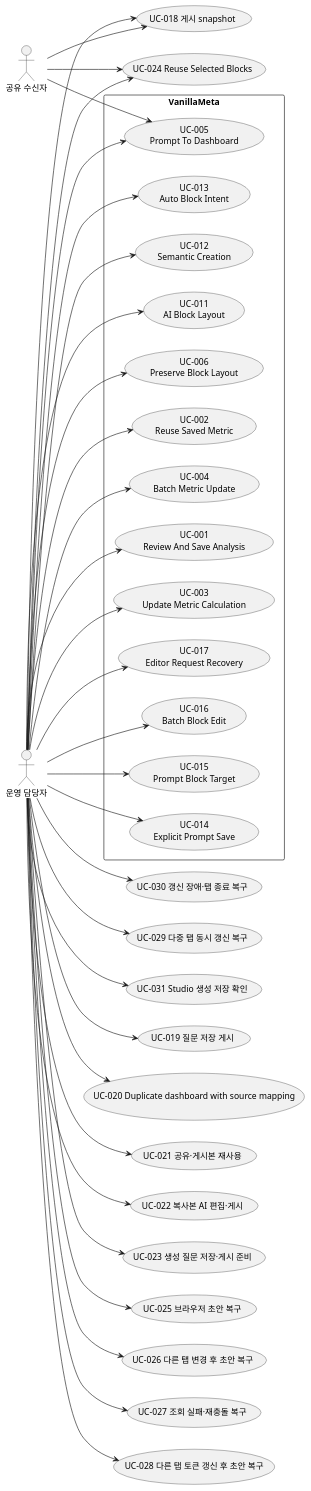
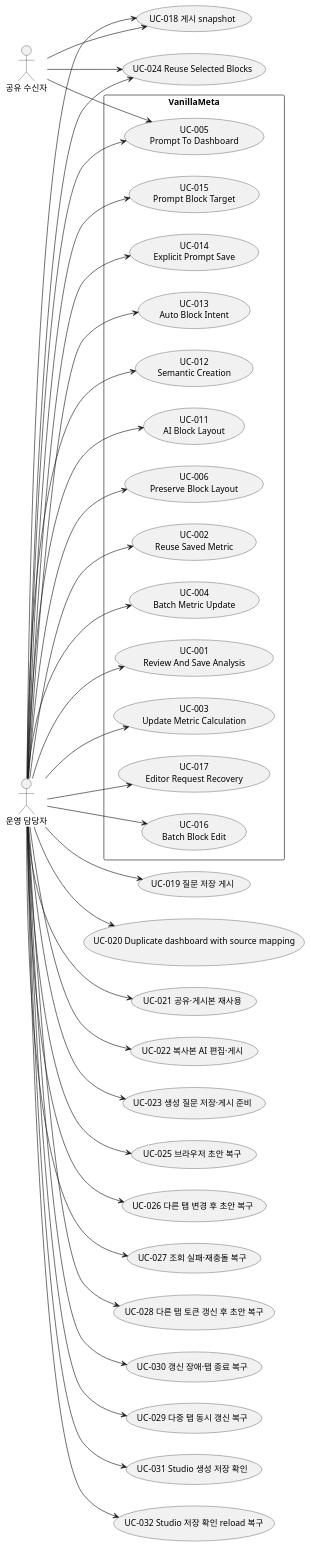
One commit to vanillabrain/vanillameta changed the diagram in docs/use_cases.puml. Above: the diagram before and after it, drawn with PlantUML. The commit also changed 13 other files, not shown here.

Commit message:
feat: recover pending Studio creation confirmation after reload

```diff
--- a/docs/use_cases.puml
+++ b/docs/use_cases.puml
@@ -1,64 +1,66 @@
 @startuml
 left to right direction
 actor "운영 담당자" as operator
 rectangle "VanillaMeta" {
  usecase "UC-017\nEditor Request Recovery" as UC017
  usecase "UC-016\nBatch Block Edit" as UC016
  usecase "UC-015\nPrompt Block Target" as UC015
  usecase "UC-014\nExplicit Prompt Save" as UC014
  usecase "UC-013\nAuto Block Intent" as UC013
  usecase "UC-012\nSemantic Creation" as UC012
  usecase "UC-011\nAI Block Layout" as UC011
  usecase "UC-006\nPreserve Block Layout" as UC006
  usecase "UC-005\nPrompt To Dashboard" as UC005
  usecase "UC-004\nBatch Metric Update" as UC004
  usecase "UC-001\nReview And Save Analysis" as UC001
  usecase "UC-003\nUpdate Metric Calculation" as UC003
  usecase "UC-002\nReuse Saved Metric" as UC002
 }
 operator --> UC015
 operator --> UC014
 operator --> UC013
 operator --> UC012
 operator --> UC011
 operator --> UC006
 operator --> UC005
 actor "공유 수신자" as recipient
 recipient --> UC005
 operator --> UC004
 operator --> UC003
 operator --> UC002
 operator --> UC001
 operator --> UC016
 operator --> UC017
 usecase "UC-018 게시 snapshot" as UC018
 operator --> UC018
 recipient --> UC018
 usecase "UC-019 질문 저장 게시" as UC019
 operator --> UC019
 usecase "UC-020 Duplicate dashboard with source mapping" as UC020
 operator --> UC020
 usecase "UC-021 공유·게시본 재사용" as UC021
 operator --> UC021
 usecase "UC-022 복사본 AI 편집·게시" as UC022
 operator --> UC022
 usecase "UC-023 생성 질문 저장·게시 준비" as UC023
 operator --> UC023
 usecase "UC-024 Reuse Selected Blocks" as UC024
 operator --> UC024
 recipient --> UC024
 usecase "UC-025 브라우저 초안 복구" as UC025
 operator --> UC025
 usecase "UC-026 다른 탭 변경 후 초안 복구" as UC026
 operator --> UC026
 usecase "UC-027 조회 실패·재충돌 복구" as UC027
 operator --> UC027
 usecase "UC-028 다른 탭 토큰 갱신 후 초안 복구" as UC028
 operator --> UC028
 usecase "UC-030 갱신 장애·탭 종료 복구" as UC030
 usecase "UC-029 다중 탭 동시 갱신 복구" as UC029
 operator --> UC029
 operator --> UC030
 usecase "UC-031 Studio 생성 저장 확인" as UC031
 operator --> UC031
+usecase "UC-032 Studio 저장 확인 reload 복구" as UC032
+operator --> UC032
 @enduml
```
